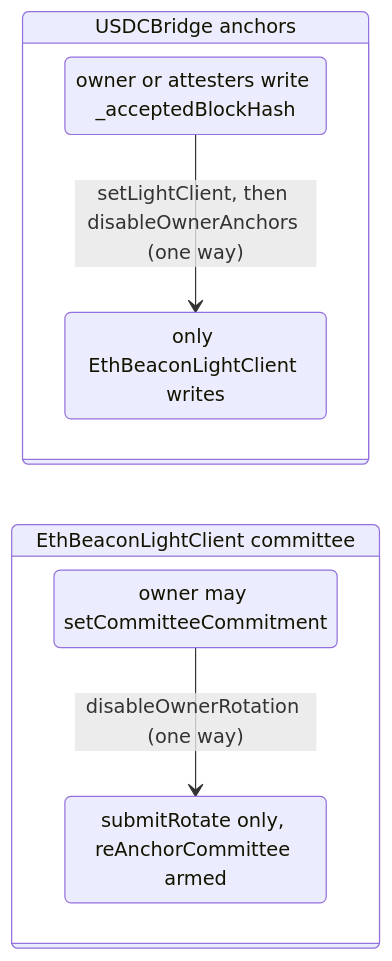
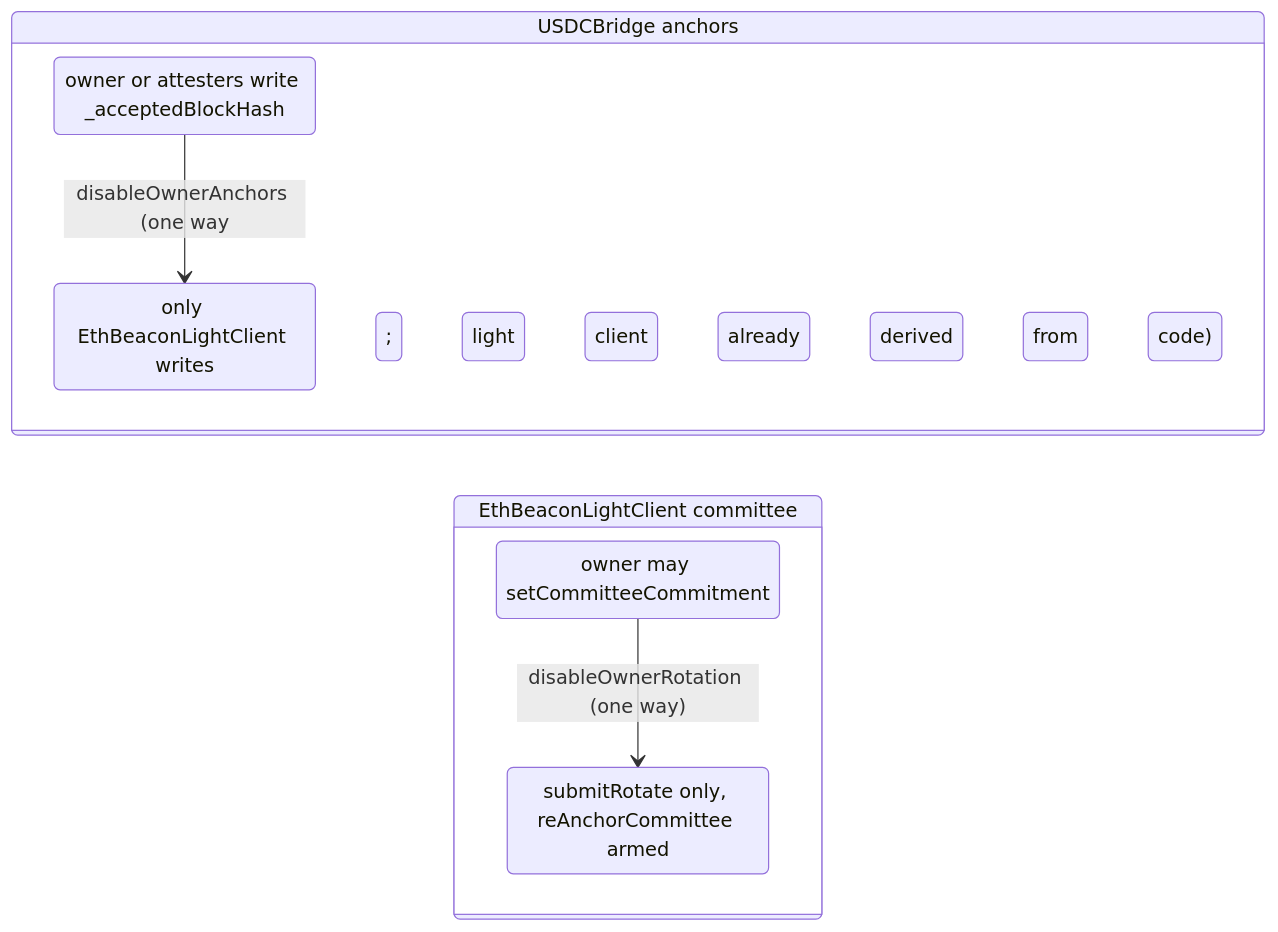
Before and after one commit to gosh-sh/bridge: the fourth of 5 diagrams in docs/eth-light-client.md, drawn with Mermaid. The commit also changed other lines of this file and 12 other files, not shown here.

First line of the commit message:
DEP-03: stop flip-owner calling setLightClient; check getAnchorConfig.

````diff
--- a/docs/eth-light-client.md
+++ b/docs/eth-light-client.md
@@ -235,14 +235,14 @@
 ```mermaid
 stateDiagram-v2
   direction LR
   state "USDCBridge anchors" as UBA {
     OwnerAnchors: owner or attesters write _acceptedBlockHash
     LightClientAnchors: only EthBeaconLightClient writes
-    OwnerAnchors --> LightClientAnchors: setLightClient, then disableOwnerAnchors (one way)
+    OwnerAnchors --> LightClientAnchors: disableOwnerAnchors (one way; light client already derived from code)
   }
   state "EthBeaconLightClient committee" as LCC {
     OwnerRotation: owner may setCommitteeCommitment
     ProofRotation: submitRotate only, reAnchorCommittee armed
     OwnerRotation --> ProofRotation: disableOwnerRotation (one way)
   }
 ```
````
